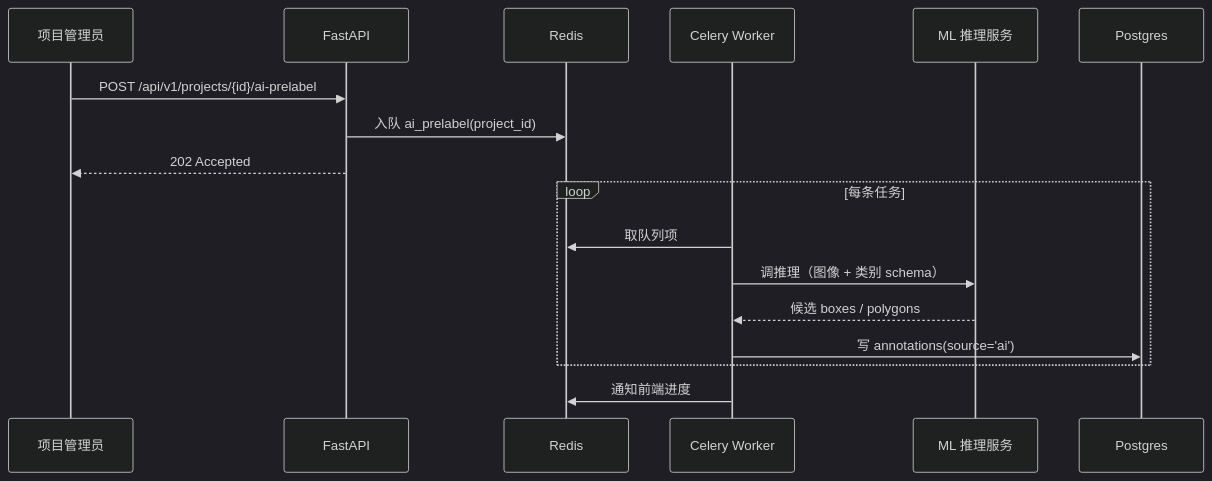
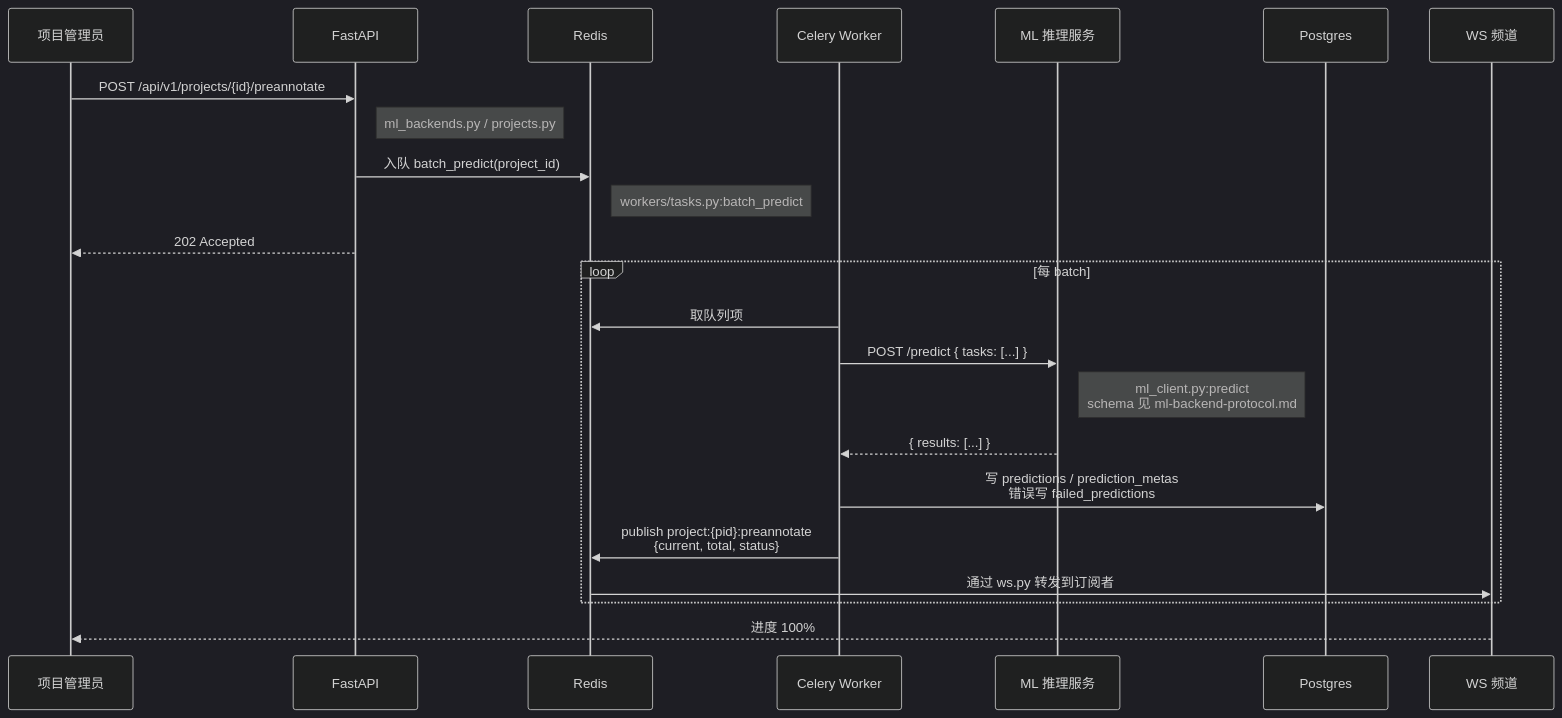
One commit to yyq19990828/ai-annotation-platform changed the second of 4 diagrams in docs-site/dev/architecture/data-flow.md. Above: the diagram before and after it, drawn with Mermaid (dark theme). The commit also changed other lines of this file and 42 other files, not shown here.

````diff
--- a/docs-site/dev/architecture/data-flow.md
+++ b/docs-site/dev/architecture/data-flow.md
@@ -33,20 +51,27 @@
 ```mermaid
 sequenceDiagram
   participant Admin as 项目管理员
   participant A as FastAPI
   participant R as Redis
   participant C as Celery Worker
   participant ML as ML 推理服务
   participant DB as Postgres
+  participant WS as WS 频道
 
-  Admin->>A: POST /api/v1/projects/{id}/ai-prelabel
-  A->>R: 入队 ai_prelabel(project_id)
+  Admin->>A: POST /api/v1/projects/{id}/preannotate
+  Note right of A: ml_backends.py / projects.py
+  A->>R: 入队 batch_predict(project_id)
+  Note right of R: workers/tasks.py:batch_predict
   A-->>Admin: 202 Accepted
-  loop 每条任务
+
+  loop 每 batch
     C->>R: 取队列项
-    C->>ML: 调推理（图像 + 类别 schema）
-    ML-->>C: 候选 boxes / polygons
-    C->>DB: 写 annotations(source='ai')
+    C->>ML: POST /predict { tasks: [...] }
+    Note right of ML: ml_client.py:predict<br/>schema 见 ml-backend-protocol.md
+    ML-->>C: { results: [...] }
+    C->>DB: 写 predictions / prediction_metas<br/>错误写 failed_predictions
+    C->>R: publish project:{pid}:preannotate<br/>{current, total, status}
+    R->>WS: 通过 ws.py 转发到订阅者
   end
-  C->>R: 通知前端进度
+  WS-->>Admin: 进度 100%
 ```
````
